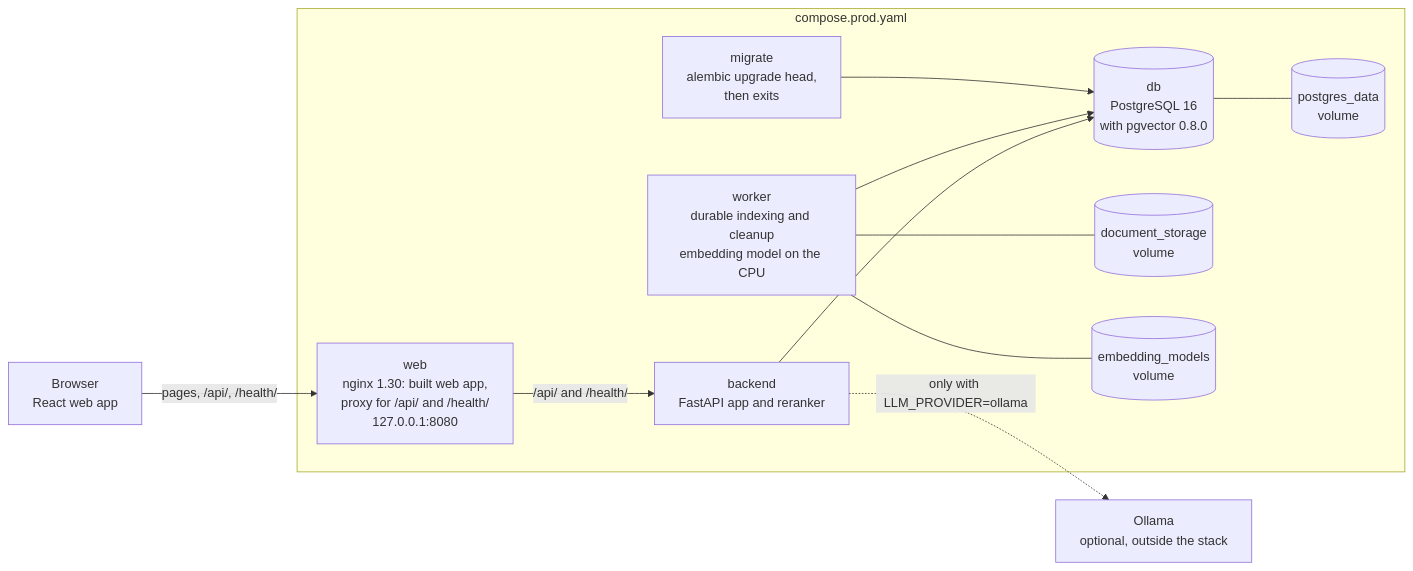
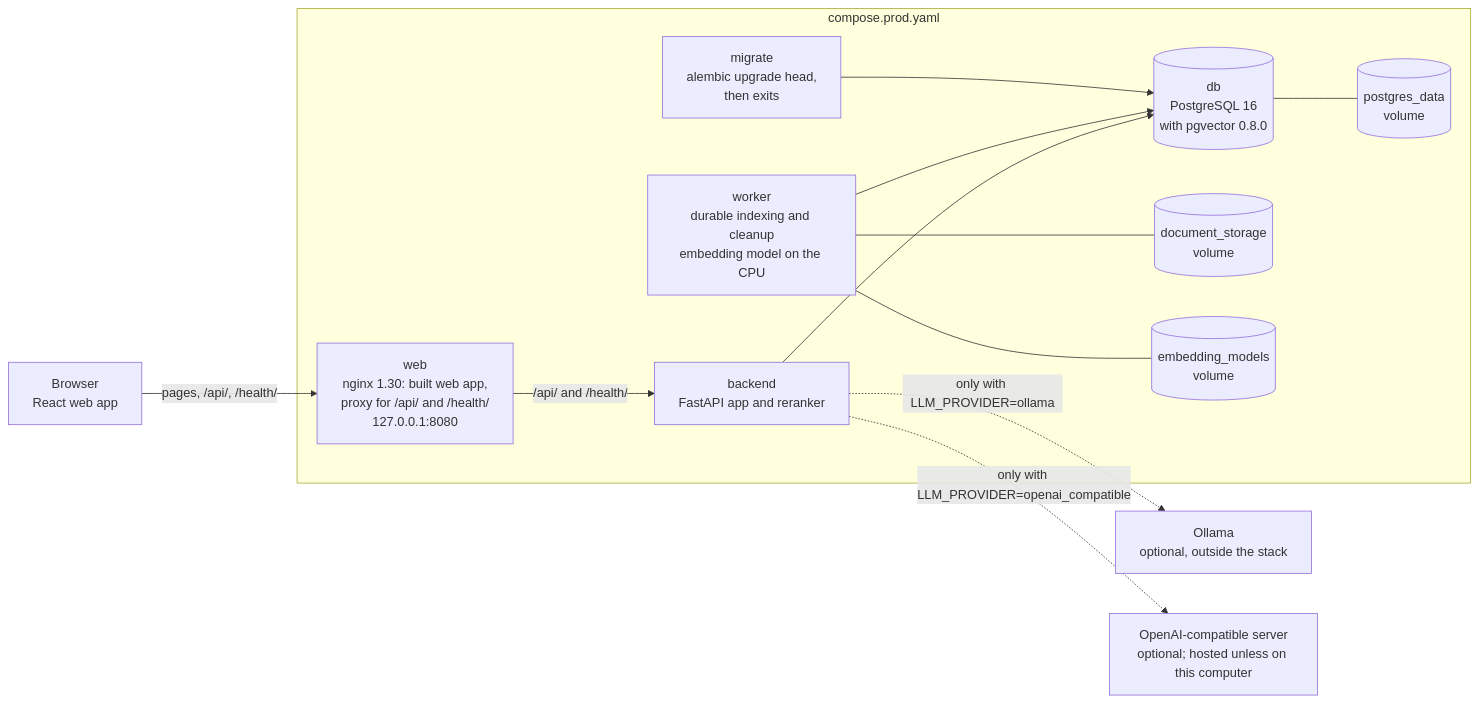
One commit to tatpudiarvind/evidence-backed-knowledge-assistant changed the first of 5 diagrams in docs/architecture/README.md. Above: the diagram before and after it, drawn with Mermaid. The commit also changed other lines of this file and 34 other files, not shown here.

First line of the commit message:
Add a hosted OpenAI-compatible language model adapter (Phase 9)

````diff
--- a/docs/architecture/README.md
+++ b/docs/architecture/README.md
@@ -18,24 +18,26 @@
 ```mermaid
 flowchart LR
     Browser["Browser<br/>React web app"]
     subgraph Stack["compose.prod.yaml"]
         Web["web<br/>nginx 1.30: built web app,<br/>proxy for /api/ and /health/<br/>127.0.0.1:8080"]
         API["backend<br/>FastAPI app and reranker"]
         Worker["worker<br/>durable indexing and cleanup<br/>embedding model on the CPU"]
         Migrate["migrate<br/>alembic upgrade head,<br/>then exits"]
         DB[("db<br/>PostgreSQL 16<br/>with pgvector 0.8.0")]
         Files[("document_storage<br/>volume")]
         Models[("embedding_models<br/>volume")]
         PGData[("postgres_data<br/>volume")]
     end
     Ollama["Ollama<br/>optional, outside the stack"]
+    Hosted["OpenAI-compatible server<br/>optional; hosted unless on this computer"]
     Browser -->|"pages, /api/, /health/"| Web
     Web -->|"/api/ and /health/"| API
     API --> DB
     Worker --> DB
     Migrate --> DB
     DB --- PGData
     Worker --- Files
     Worker --- Models
     API -.->|"only with LLM_PROVIDER=ollama"| Ollama
+    API -.->|"only with LLM_PROVIDER=openai_compatible"| Hosted
 ```
````
